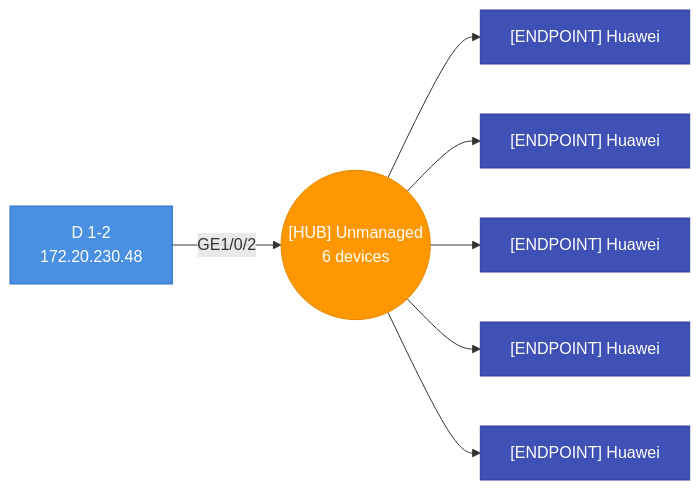
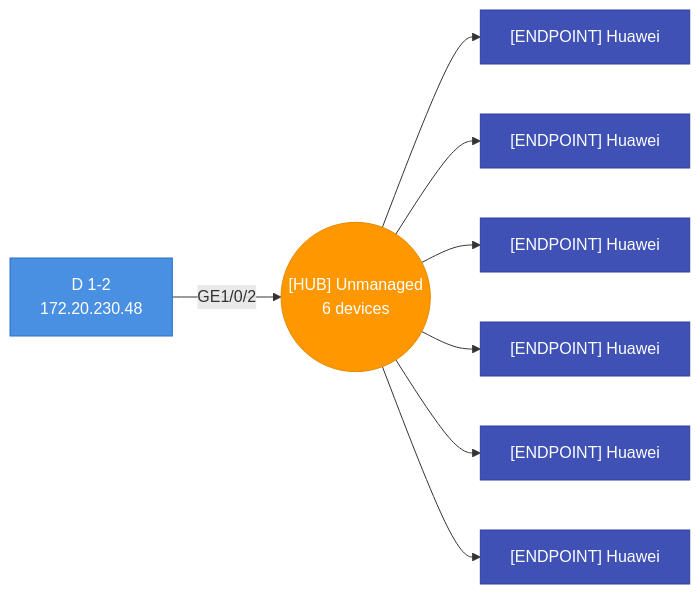
Before and after one commit to djamic/LLDP-Skanner-Go: diagram 13 of 47 in testdata/golden/audit_default.md, drawn with Mermaid. The commit also changed other lines of this file and 12 other files, not shown here.

````diff
--- a/testdata/golden/audit_default.md
+++ b/testdata/golden/audit_default.md
@@ -1604,23 +1724,26 @@
 ```mermaid
 graph LR
   hub_4caea3a215ec_p2(("[HUB] Unmanaged<br>6 devices"))
   4caea3a215ec["D 1-2<br>172.20.230.48"]
   4caea3a215ec-- "GE1/0/2" -->hub_4caea3a215ec_p2
   style 4caea3a215ec fill:#4A90E2,stroke:#2A6FC2,color:#fff
   bc9b5e37bf15["[ENDPOINT] Huawei"]
   hub_4caea3a215ec_p2-->bc9b5e37bf15
   style bc9b5e37bf15 fill:#3F51B5,stroke:#303F9F,color:#fff
   bc9b5e37bf17["[ENDPOINT] Huawei"]
   hub_4caea3a215ec_p2-->bc9b5e37bf17
   style bc9b5e37bf17 fill:#3F51B5,stroke:#303F9F,color:#fff
   bc9b5e37bf28["[ENDPOINT] Huawei"]
   hub_4caea3a215ec_p2-->bc9b5e37bf28
   style bc9b5e37bf28 fill:#3F51B5,stroke:#303F9F,color:#fff
   bc9b5e37bf38["[ENDPOINT] Huawei"]
   hub_4caea3a215ec_p2-->bc9b5e37bf38
   style bc9b5e37bf38 fill:#3F51B5,stroke:#303F9F,color:#fff
   bc9b5e37bf39["[ENDPOINT] Huawei"]
   hub_4caea3a215ec_p2-->bc9b5e37bf39
   style bc9b5e37bf39 fill:#3F51B5,stroke:#303F9F,color:#fff
+  bc9b5e37bf50["[ENDPOINT] Huawei"]
+  hub_4caea3a215ec_p2-->bc9b5e37bf50
+  style bc9b5e37bf50 fill:#3F51B5,stroke:#303F9F,color:#fff
   style hub_4caea3a215ec_p2 fill:#FF9800,stroke:#E68A00,color:#fff
 ```
````
